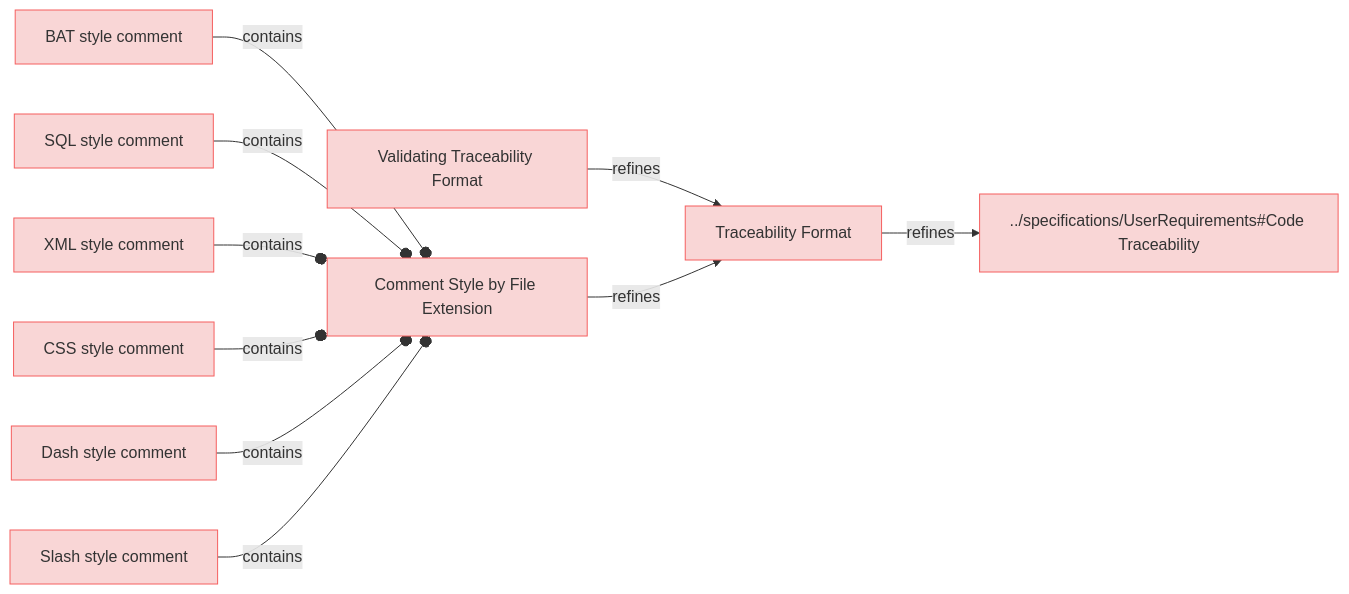
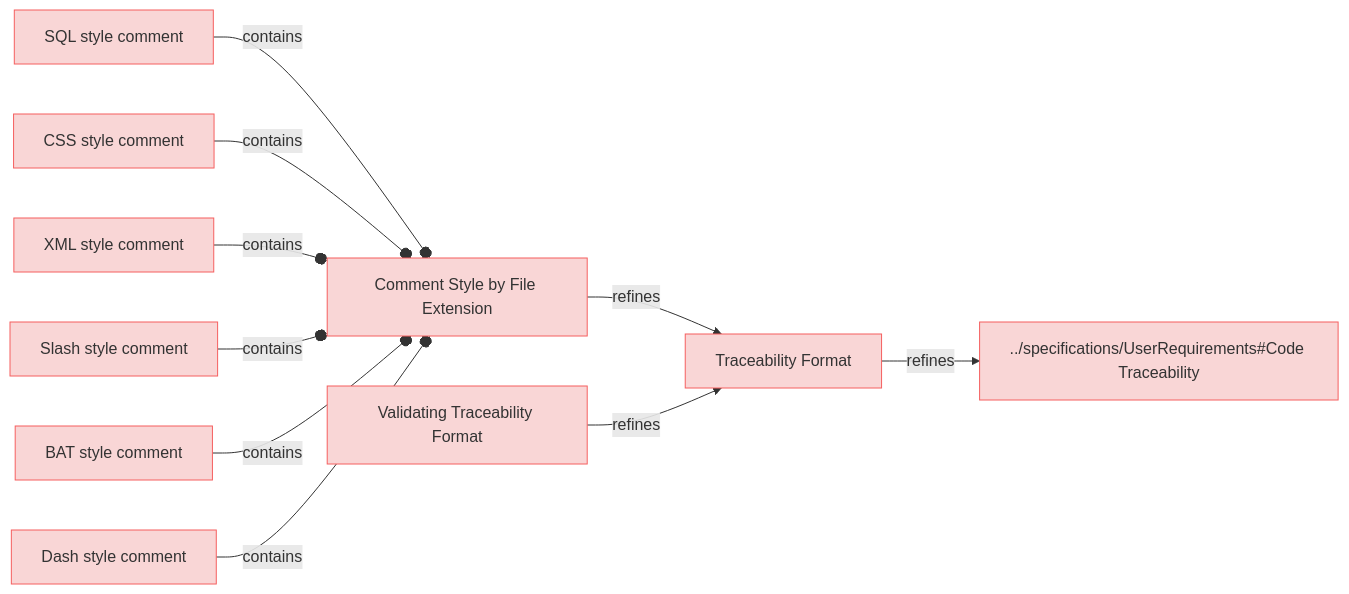
Before and after one commit to reqvire-org/reqvire: the diagram in specifications/CodeTraecabilityRequirements.md, drawn with Mermaid. The commit also changed 44 other files, not shown here.

Commit message:
Diagrams bug fixes. Test improvements.

````diff
--- a/specifications/CodeTraecabilityRequirements.md
+++ b/specifications/CodeTraecabilityRequirements.md
@@ -4,48 +4,48 @@
 ```mermaid
 graph LR;
   %% Graph styling
   classDef requirement fill:#f9d6d6,stroke:#f55f5f,stroke-width:1px;
   classDef verification fill:#d6f9d6,stroke:#5fd75f,stroke-width:1px;
   classDef externalLink fill:#d0e0ff,stroke:#3080ff,stroke-width:1px;
   classDef default fill:#f5f5f5,stroke:#333333,stroke-width:1px;
 
-  7fdde6a23819450b["BAT style comment"];
-  click 7fdde6a23819450b "specifications/CodeTraecabilityRequirements.md#bat-style-comment#bat-style-comment";
-  class 7fdde6a23819450b requirement;
+  39fc946195c12956["SQL style comment"];
+  class 39fc946195c12956 requirement;
+  click 39fc946195c12956 "CodeTraecabilityRequirements.md#sql-style-comment";
   f4c09ad7359812ff["Comment Style by File Extension"];
   class f4c09ad7359812ff requirement;
-  click f4c09ad7359812ff "specifications/CodeTraecabilityRequirements.md#comment-style-by-file-extension#comment-style-by-file-extension";
-  7fdde6a23819450b --o|contains| f4c09ad7359812ff;
+  click f4c09ad7359812ff "CodeTraecabilityRequirements.md#comment-style-by-file-extension";
+  39fc946195c12956 --o|contains| f4c09ad7359812ff;
   9314736a59776478["Traceability Format"];
-  click 9314736a59776478 "specifications/CodeTraecabilityRequirements.md#traceability-format#traceability-format";
   class 9314736a59776478 requirement;
+  click 9314736a59776478 "CodeTraecabilityRequirements.md#traceability-format";
+  f4c09ad7359812ff -->|refines| 9314736a59776478;
   26ca72b617aff229["../specifications/UserRequirements#Code Traceability"];
   class 26ca72b617aff229 requirement;
-  click 26ca72b617aff229 "specifications/UserRequirements.md#code-traceability#code-traceability";
+  click 26ca72b617aff229 "UserRequirements.md#code-traceability";
   9314736a59776478 -->|refines| 26ca72b617aff229;
   3db41d3530e56596["Validating Traceability Format"];
-  click 3db41d3530e56596 "specifications/CodeTraecabilityRequirements.md#validating-traceability-format#validating-traceability-format";
   class 3db41d3530e56596 requirement;
+  click 3db41d3530e56596 "CodeTraecabilityRequirements.md#validating-traceability-format";
   3db41d3530e56596 -->|refines| 9314736a59776478;
-  f4c09ad7359812ff -->|refines| 9314736a59776478;
-  39fc946195c12956["SQL style comment"];
-  click 39fc946195c12956 "specifications/CodeTraecabilityRequirements.md#sql-style-comment#sql-style-comment";
-  class 39fc946195c12956 requirement;
-  39fc946195c12956 --o|contains| f4c09ad7359812ff;
+  a91fc474f292f1c9["CSS style comment"];
+  class a91fc474f292f1c9 requirement;
+  click a91fc474f292f1c9 "CodeTraecabilityRequirements.md#css-style-comment";
+  a91fc474f292f1c9 --o|contains| f4c09ad7359812ff;
   474c97b7d0029622["XML style comment"];
-  click 474c97b7d0029622 "specifications/CodeTraecabilityRequirements.md#xml-style-comment#xml-style-comment";
   class 474c97b7d0029622 requirement;
+  click 474c97b7d0029622 "CodeTraecabilityRequirements.md#xml-style-comment";
   474c97b7d0029622 --o|contains| f4c09ad7359812ff;
-  a91fc474f292f1c9["CSS style comment"];
-  click a91fc474f292f1c9 "specifications/CodeTraecabilityRequirements.md#css-style-comment#css-style-comment";
-  class a91fc474f292f1c9 requirement;
-  a91fc474f292f1c9 --o|contains| f4c09ad7359812ff;
+  99c4cc438042d855["Slash style comment"];
+  class 99c4cc438042d855 requirement;
+  click 99c4cc438042d855 "CodeTraecabilityRequirements.md#slash-style-comment";
+  99c4cc438042d855 --o|contains| f4c09ad7359812ff;
+  7fdde6a23819450b["BAT style comment"];
+  class 7fdde6a23819450b requirement;
+  click 7fdde6a23819450b "CodeTraecabilityRequirements.md#bat-style-comment";
+  7fdde6a23819450b --o|contains| f4c09ad7359812ff;
   be41c3d9e39abe6f["Dash style comment"];
-  click be41c3d9e39abe6f "specifications/CodeTraecabilityRequirements.md#dash-style-comment#dash-style-comment";
   class be41c3d9e39abe6f requirement;
+  click be41c3d9e39abe6f "CodeTraecabilityRequirements.md#dash-style-comment";
   be41c3d9e39abe6f --o|contains| f4c09ad7359812ff;
-  99c4cc438042d855["Slash style comment"];
-  click 99c4cc438042d855 "specifications/CodeTraecabilityRequirements.md#slash-style-comment#slash-style-comment";
-  class 99c4cc438042d855 requirement;
-  99c4cc438042d855 --o|contains| f4c09ad7359812ff;
 ```
````
